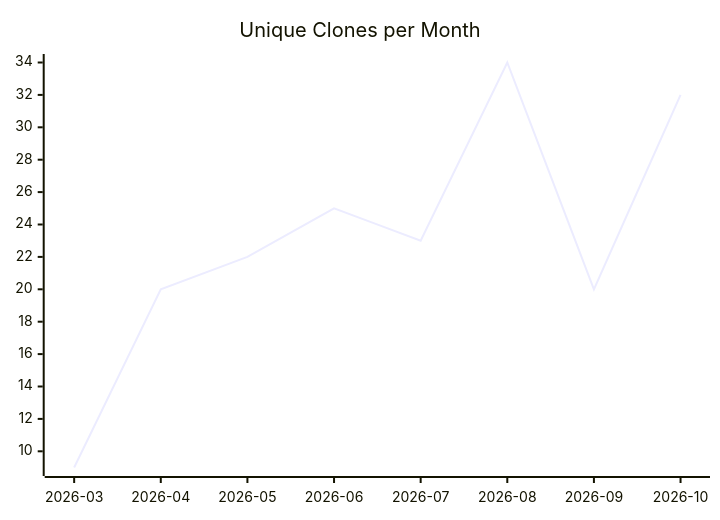
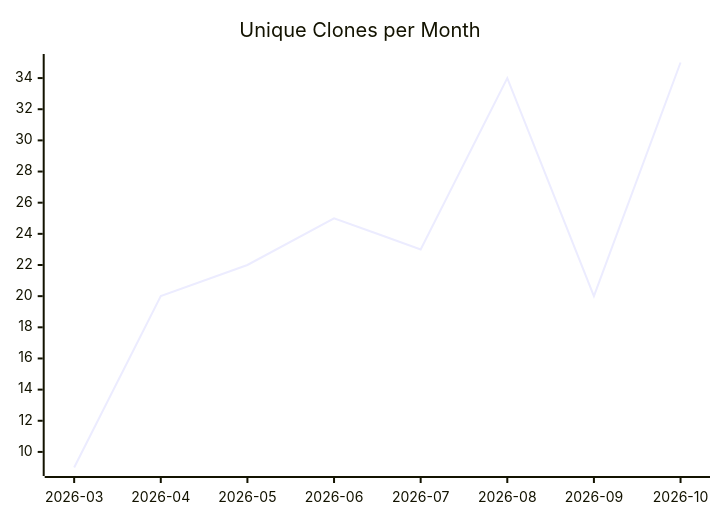
One commit to justdavis-family/github-analytics-data changed the third of 3 diagrams in karlmdavis/kxml2/README.md. Above: the diagram before and after it, drawn with Mermaid. The commit also changed other lines of this file and 202 other files, not shown here.

````diff
--- a/karlmdavis/kxml2/README.md
+++ b/karlmdavis/kxml2/README.md
@@ -19,6 +19,6 @@
 ```mermaid
 xychart-beta
   title "Unique Clones per Month"
   x-axis ["2026-03", "2026-04", "2026-05", "2026-06", "2026-07", "2026-08", "2026-09", "2026-10"]
-  line [9, 20, 22, 25, 23, 34, 20, 32]
+  line [9, 20, 22, 25, 23, 34, 20, 35]
 ```
````
